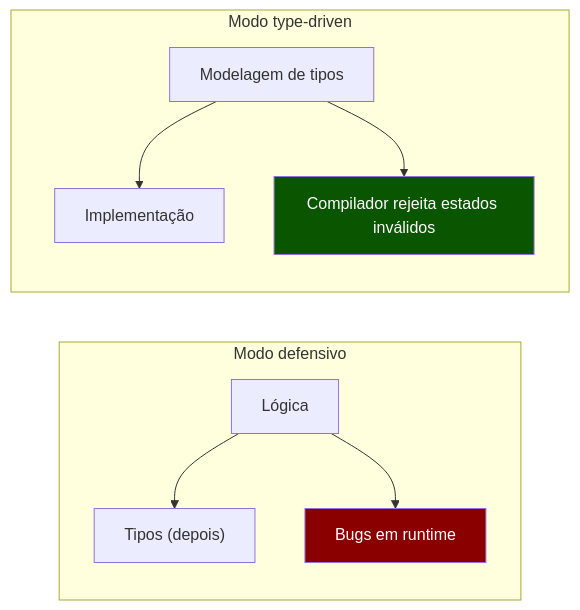
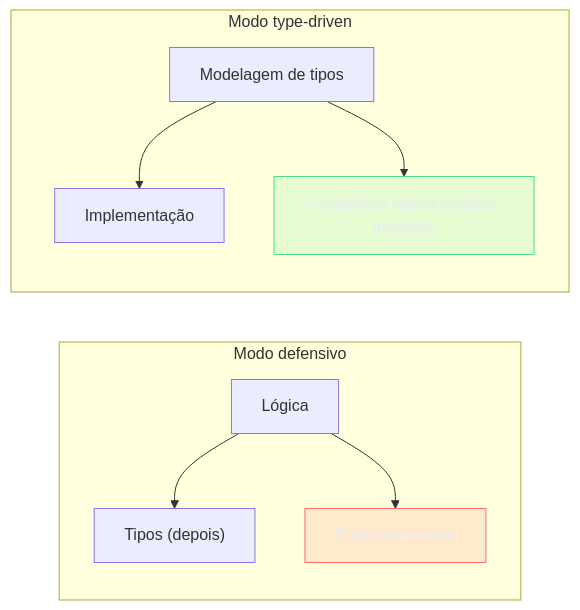
The first of 5 diagrams in 03-Dominios/Tecnologia/TypeScript/24 - Type-driven design - branded types, Result e estados impossíveis.md (josenaldo/codex-technomanticus), drawn with Mermaid before and after one commit. The commit also changed other lines of this file and 1181 other files, not shown here.

First line of the commit message:
fix(diagramas): paleta do sistema no lugar de cor cravada no markdown

````diff
--- a/03-Dominios/Tecnologia/TypeScript/24 - Type-driven design - branded types, Result e estados impossíveis.md
+++ b/03-Dominios/Tecnologia/TypeScript/24 - Type-driven design - branded types, Result e estados impossíveis.md
@@ -38,21 +38,23 @@
 ```mermaid
 graph LR
+    classDef ok fill:#4ADE8021,stroke:#4ADE80,color:#E9ECF2
+    classDef falha fill:#FF6B6B24,stroke:#FF6B6B,color:#E9ECF2
     subgraph Modo_Defensivo["Modo defensivo"]
         L["Lógica"]
         T["Tipos (depois)"]
         B["Bugs em runtime"]
         L --> T
         L --> B
     end
 
     subgraph Modo_Design["Modo type-driven"]
         M["Modelagem de tipos"]
         I["Implementação"]
         C["Compilador rejeita estados inválidos"]
         M --> I
         M --> C
     end
 
-    style C fill:#0a5500,color:#fff
-    style B fill:#8a0000,color:#fff
+    class C ok
+    class B falha
 ```
````
